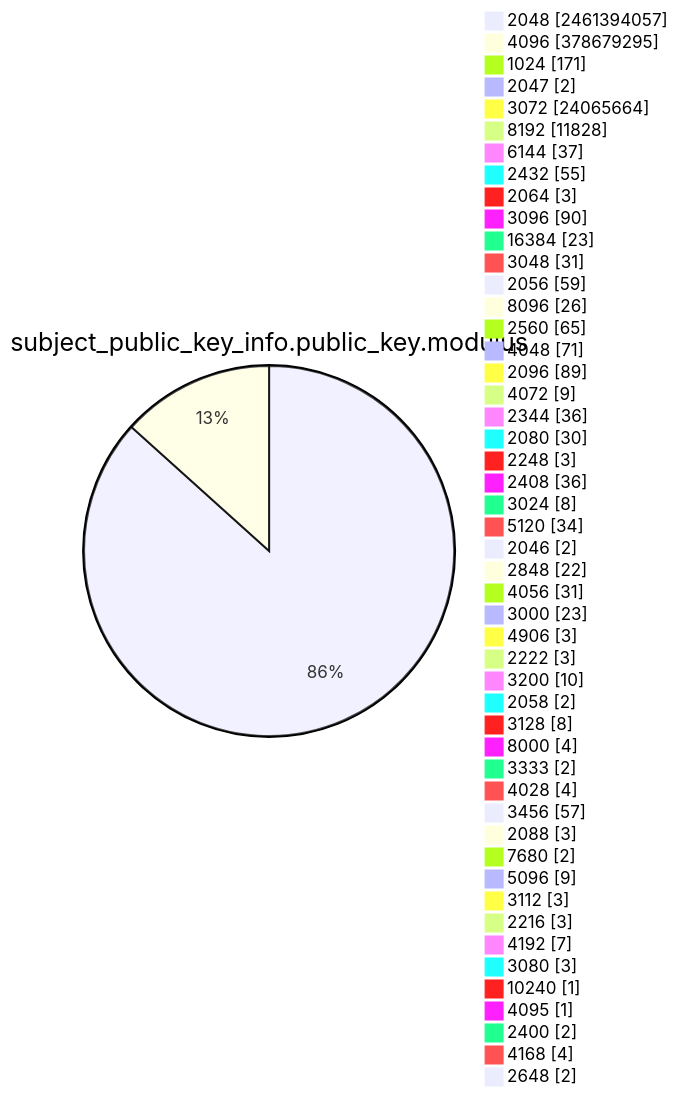
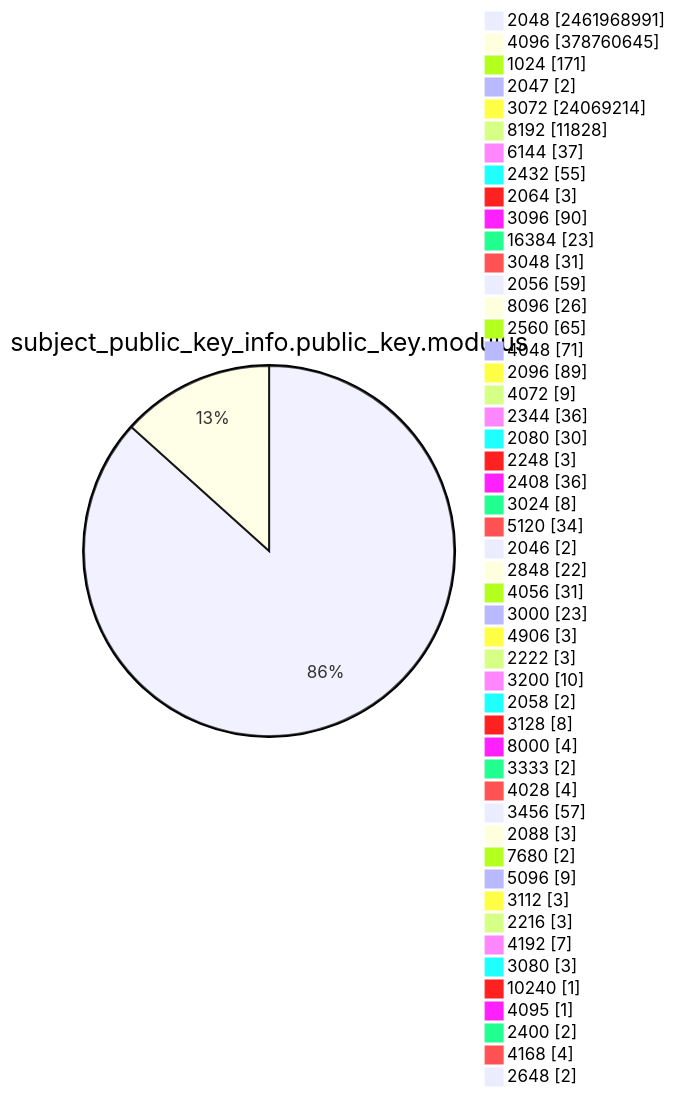
Diagram 13 of 15 in TOTAL/README.md (christiankrug/ctmonitor_visualization), drawn with Mermaid before and after one commit. The commit also changed other lines of this file, not shown here.

````diff
--- a/TOTAL/README.md
+++ b/TOTAL/README.md
@@ -4168,53 +4168,53 @@
 ```mermaid
 pie showData
 title subject_public_key_info.public_key.modulus
-"2048" :2461394057
-"4096" :378679295
+"2048" :2461968991
+"4096" :378760645
 "1024" :171
 "2047" :2
-"3072" :24065664
+"3072" :24069214
 "8192" :11828
 "6144" :37
 "2432" :55
 "2064" :3
 "3096" :90
 "16384" :23
 "3048" :31
 "2056" :59
 "8096" :26
 "2560" :65
 "4048" :71
 "2096" :89
 "4072" :9
 "2344" :36
 "2080" :30
 "2248" :3
 "2408" :36
 "3024" :8
 "5120" :34
 "2046" :2
 "2848" :22
 "4056" :31
 "3000" :23
 "4906" :3
 "2222" :3
 "3200" :10
 "2058" :2
 "3128" :8
 "8000" :4
 "3333" :2
 "4028" :4
 "3456" :57
 "2088" :3
 "7680" :2
 "5096" :9
 "3112" :3
 "2216" :3
 "4192" :7
 "3080" :3
 "10240" :1
 "4095" :1
 "2400" :2
 "4168" :4
 "2648" :2
 ```
````
